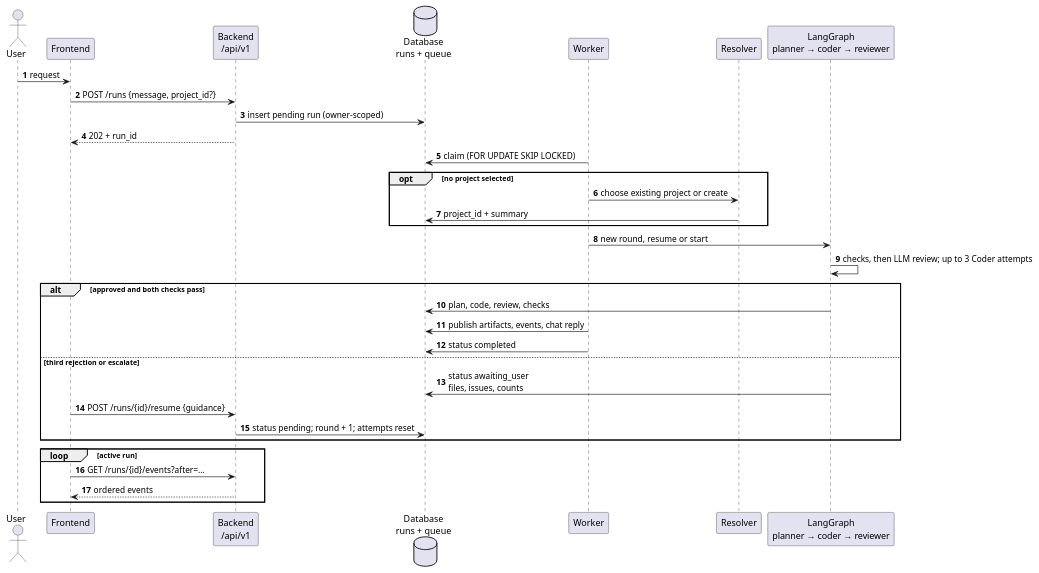
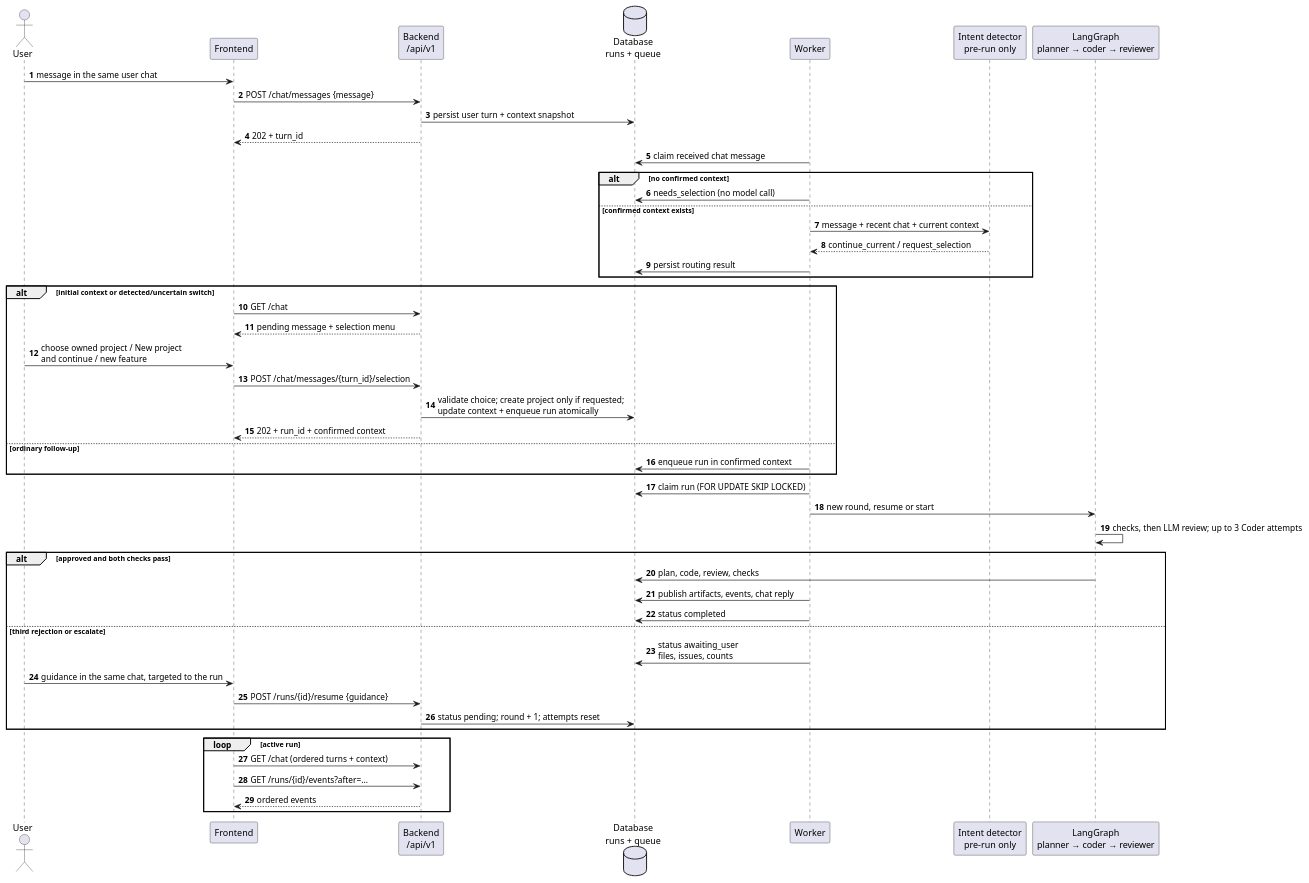
One commit to gdpe-franco/ai-coding-agent-pipeline changed the second of 7 diagrams in docs/architecture.md. Above: the diagram before and after it, drawn with PlantUML. The commit also changed other lines of this file, not shown here.

Commit message:
chore: architecture updated

````diff
--- a/docs/architecture.md
+++ b/docs/architecture.md
@@ -127,40 +110,56 @@
 ```puml
 @startuml
 !pragma layout smetana
 skinparam backgroundColor white
 skinparam shadowing false
 autonumber
 actor User
 participant "Frontend" as fe
 participant "Backend\n/api/v1" as api
 database "Database\nruns + queue" as db
 participant "Worker" as worker
-participant "Resolver" as resolver
+participant "Intent detector\npre-run only" as detector
 participant "LangGraph\nplanner → coder → reviewer" as graph
 
-User -> fe : request
-fe -> api : POST /runs {message, project_id?}
-api -> db : insert pending run (owner-scoped)
-api --> fe : 202 + run_id
-worker -> db : claim (FOR UPDATE SKIP LOCKED)
-opt no project selected
-  worker -> resolver : choose existing project or create
-  resolver -> db : project_id + summary
+User -> fe : message in the same user chat
+fe -> api : POST /chat/messages {message}
+api -> db : persist user turn + context snapshot
+api --> fe : 202 + turn_id
+worker -> db : claim received chat message
+alt no confirmed context
+  worker -> db : needs_selection (no model call)
+else confirmed context exists
+  worker -> detector : message + recent chat + current context
+  detector --> worker : continue_current / request_selection
+  worker -> db : persist routing result
 end
+alt initial context or detected/uncertain switch
+  fe -> api : GET /chat
+  api --> fe : pending message + selection menu
+  User -> fe : choose owned project / New project\nand continue / new feature
+  fe -> api : POST /chat/messages/{turn_id}/selection
+  api -> db : validate choice; create project only if requested;\nupdate context + enqueue run atomically
+  api --> fe : 202 + run_id + confirmed context
+else ordinary follow-up
+  worker -> db : enqueue run in confirmed context
+end
+worker -> db : claim run (FOR UPDATE SKIP LOCKED)
 worker -> graph : new round, resume or start
 graph -> graph : checks, then LLM review; up to 3 Coder attempts
 alt approved and both checks pass
   graph -> db : plan, code, review, checks
   worker -> db : publish artifacts, events, chat reply
   worker -> db : status completed
 else third rejection or escalate
-  graph -> db : status awaiting_user\nfiles, issues, counts
+  worker -> db : status awaiting_user\nfiles, issues, counts
+  User -> fe : guidance in the same chat, targeted to the run
   fe -> api : POST /runs/{id}/resume {guidance}
   api -> db : status pending; round + 1; attempts reset
 end
 loop active run
+  fe -> api : GET /chat (ordered turns + context)
   fe -> api : GET /runs/{id}/events?after=...
   api --> fe : ordered events
 end
 @enduml
 ```
````
